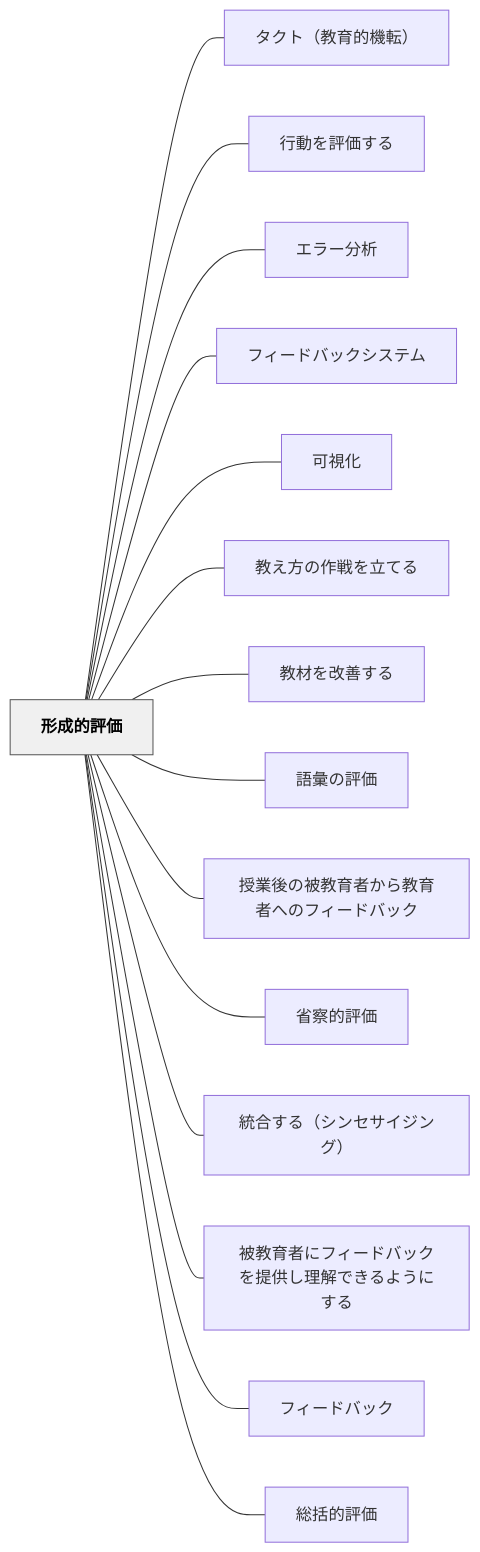
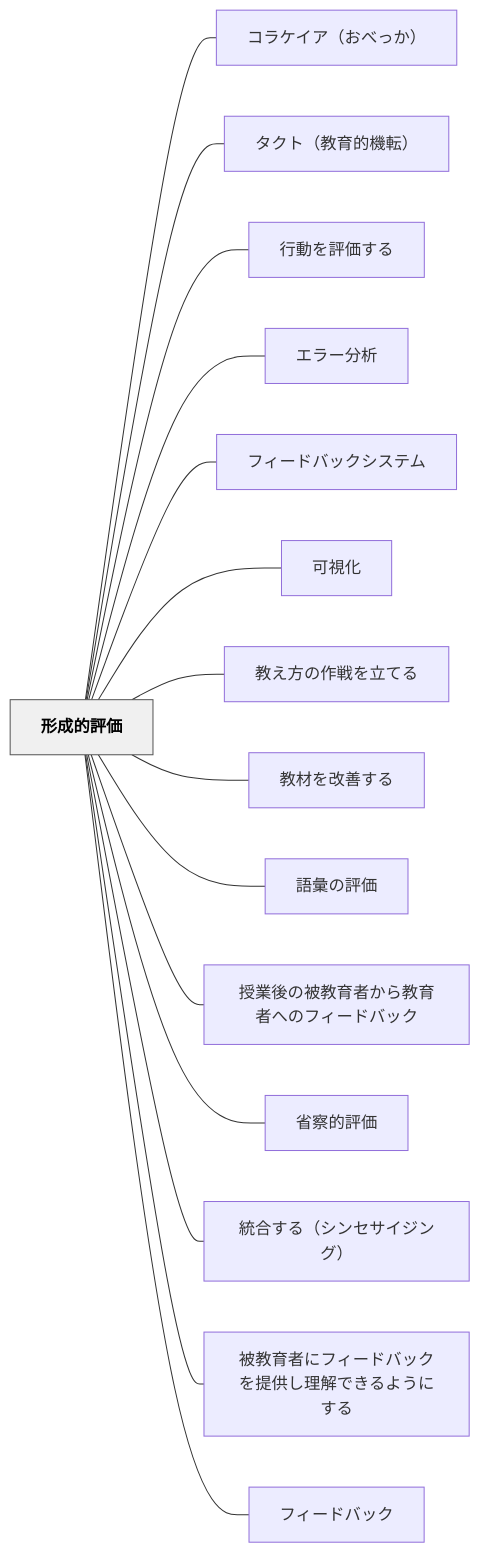
One commit to unknownthings-ed-patterns/unknownthings-ed-patterns changed the diagram in content/パタン/形成的評価.md. Above: the diagram before and after it, drawn with Mermaid. The commit also changed other lines of this file and 16 other files, not shown here.

````diff
--- a/content/パタン/形成的評価.md
+++ b/content/パタン/形成的評価.md
@@ -93,36 +94,36 @@
 ```mermaid
 flowchart LR
     ne5bda2e68890e79a84e8a995e4bea1["形成的評価"]
+    ne382b3e383a9e382b1e382a4e382a2efbc88e3818ae381b9e381a3e3818befbc89["コラケイア（おべっか）"]
     ne382bfe382afe38388efbc88e69599e882b2e79a84e6a99fe8bba2efbc89["タクト（教育的機転）"]
     ne8a18ce58b95e38292e8a995e4bea1e38199e3828b["行動を評価する"]
     ne382a8e383a9e383bce58886e69e90["エラー分析"]
     ne38395e382a3e383bce38389e38390e38383e382afe382b7e382b9e38386e383a0["フィードバックシステム"]
     ne58fafe8a696e58c96["可視化"]
     ne69599e38188e696b9e381aee4bd9ce688a6e38292e7ab8be381a6e3828b["教え方の作戦を立てる"]
     ne69599e69d90e38292e694b9e59684e38199e3828b["教材を改善する"]
     ne8aa9ee5bd99e381aee8a995e4bea1["語彙の評価"]
     ne68e88e6a5ade5be8ce381aee8a2abe69599e882b2e88085e3818be38289e69599e882b2e88085e381b8e381aee38395e382a3e383bce38389e38390e38383e382af["授業後の被教育者から教育者へのフィードバック"]
     ne79c81e5af9fe79a84e8a995e4bea1["省察的評価"]
     ne7b5b1e59088e38199e3828befbc88e382b7e383b3e382bbe382b5e382a4e382b8e383b3e382b0efbc89["統合する（シンセサイジング）"]
     ne8a2abe69599e882b2e88085e381abe38395e382a3e383bce38389e38390e38383e382afe38292e68f90e4be9be38197e79086e8a7a3e381a7e3818de3828be38288e38186e381abe38199e3828b["被教育者にフィードバックを提供し理解できるようにする"]
     ne38395e382a3e383bce38389e38390e38383e382af["フィードバック"]
-    ne7b78fe68bace79a84e8a995e4bea1["総括的評価"]
 
+    ne5bda2e68890e79a84e8a995e4bea1 --- ne382b3e383a9e382b1e382a4e382a2efbc88e3818ae381b9e381a3e3818befbc89
     ne5bda2e68890e79a84e8a995e4bea1 --- ne382bfe382afe38388efbc88e69599e882b2e79a84e6a99fe8bba2efbc89
     ne5bda2e68890e79a84e8a995e4bea1 --- ne8a18ce58b95e38292e8a995e4bea1e38199e3828b
     ne5bda2e68890e79a84e8a995e4bea1 --- ne382a8e383a9e383bce58886e69e90
     ne5bda2e68890e79a84e8a995e4bea1 --- ne38395e382a3e383bce38389e38390e38383e382afe382b7e382b9e38386e383a0
     ne5bda2e68890e79a84e8a995e4bea1 --- ne58fafe8a696e58c96
     ne5bda2e68890e79a84e8a995e4bea1 --- ne69599e38188e696b9e381aee4bd9ce688a6e38292e7ab8be381a6e3828b
     ne5bda2e68890e79a84e8a995e4bea1 --- ne69599e69d90e38292e694b9e59684e38199e3828b
     ne5bda2e68890e79a84e8a995e4bea1 --- ne8aa9ee5bd99e381aee8a995e4bea1
     ne5bda2e68890e79a84e8a995e4bea1 --- ne68e88e6a5ade5be8ce381aee8a2abe69599e882b2e88085e3818be38289e69599e882b2e88085e381b8e381aee38395e382a3e383bce38389e38390e38383e382af
     ne5bda2e68890e79a84e8a995e4bea1 --- ne79c81e5af9fe79a84e8a995e4bea1
     ne5bda2e68890e79a84e8a995e4bea1 --- ne7b5b1e59088e38199e3828befbc88e382b7e383b3e382bbe382b5e382a4e382b8e383b3e382b0efbc89
     ne5bda2e68890e79a84e8a995e4bea1 --- ne8a2abe69599e882b2e88085e381abe38395e382a3e383bce38389e38390e38383e382afe38292e68f90e4be9be38197e79086e8a7a3e381a7e3818de3828be38288e38186e381abe38199e3828b
     ne5bda2e68890e79a84e8a995e4bea1 --- ne38395e382a3e383bce38389e38390e38383e382af
-    ne5bda2e68890e79a84e8a995e4bea1 --- ne7b78fe68bace79a84e8a995e4bea1
 
     classDef hub fill:#f0f0f0,stroke:#555,color:#000,font-weight:bold
     class ne5bda2e68890e79a84e8a995e4bea1 hub
 ```
````
